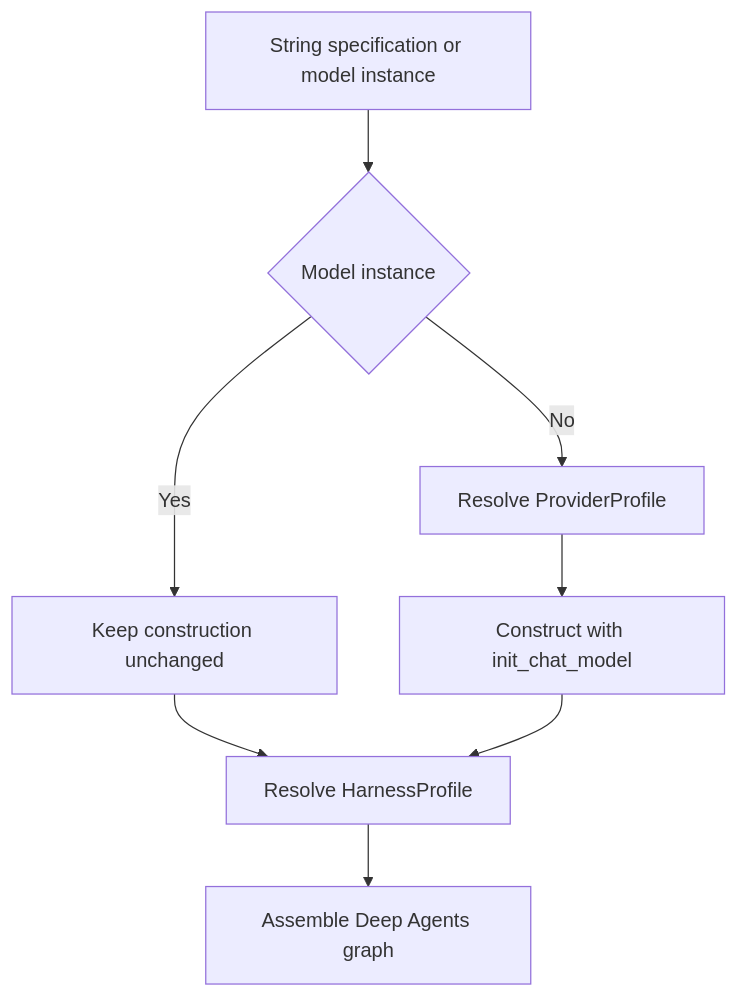
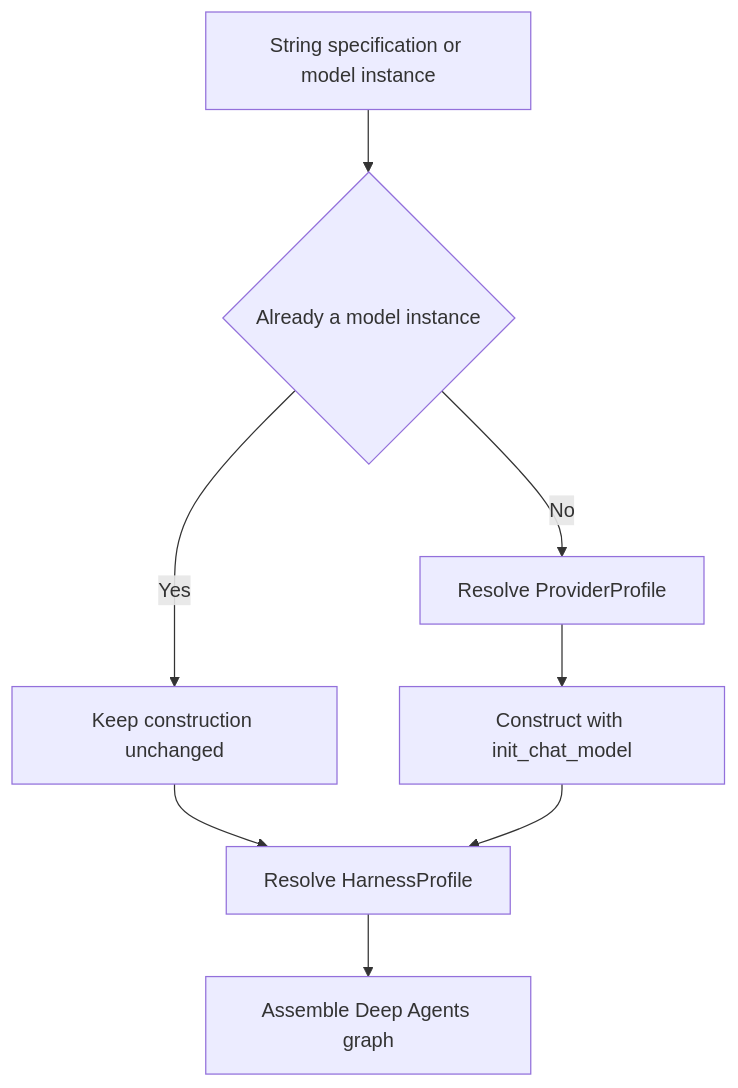
The first of 2 diagrams in openwiki/concepts/profiles-models.md (langchain-ai/deepagents), drawn with Mermaid before and after one commit. The commit also changed other lines of this file and 38 other files, not shown here.

````diff
--- a/openwiki/concepts/profiles-models.md
+++ b/openwiki/concepts/profiles-models.md
@@ -62,10 +64,10 @@
 ```mermaid
 flowchart TD
-    Input["String specification or model instance"] --> Instance{"Model instance"}
-    Instance -->|Yes| Existing["Keep construction unchanged"]
-    Instance -->|No| Provider["Resolve ProviderProfile"]
+    Input["String specification or model instance"] --> Existing{"Already a model instance"}
+    Existing -->|Yes| Kept["Keep construction unchanged"]
+    Existing -->|No| Provider["Resolve ProviderProfile"]
     Provider --> Client["Construct with init_chat_model"]
-    Existing --> Harness["Resolve HarnessProfile"]
+    Kept --> Harness["Resolve HarnessProfile"]
     Client --> Harness
     Harness --> Agent["Assemble Deep Agents graph"]
 ```
````
